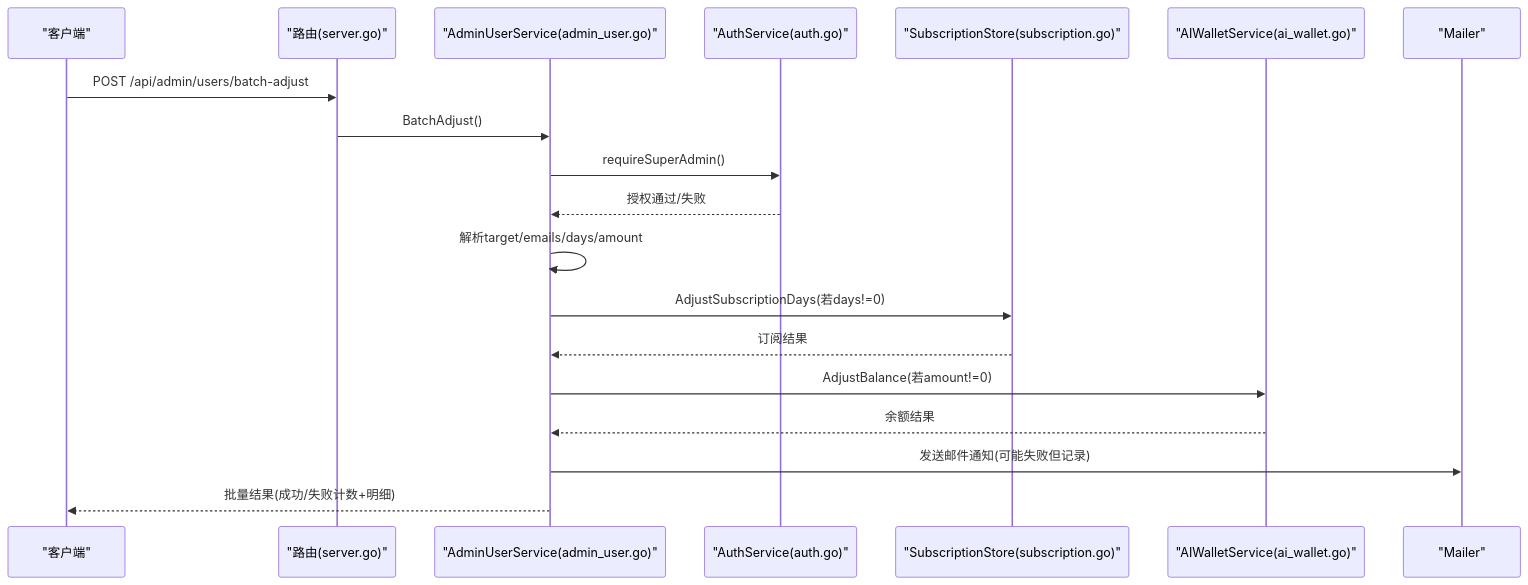
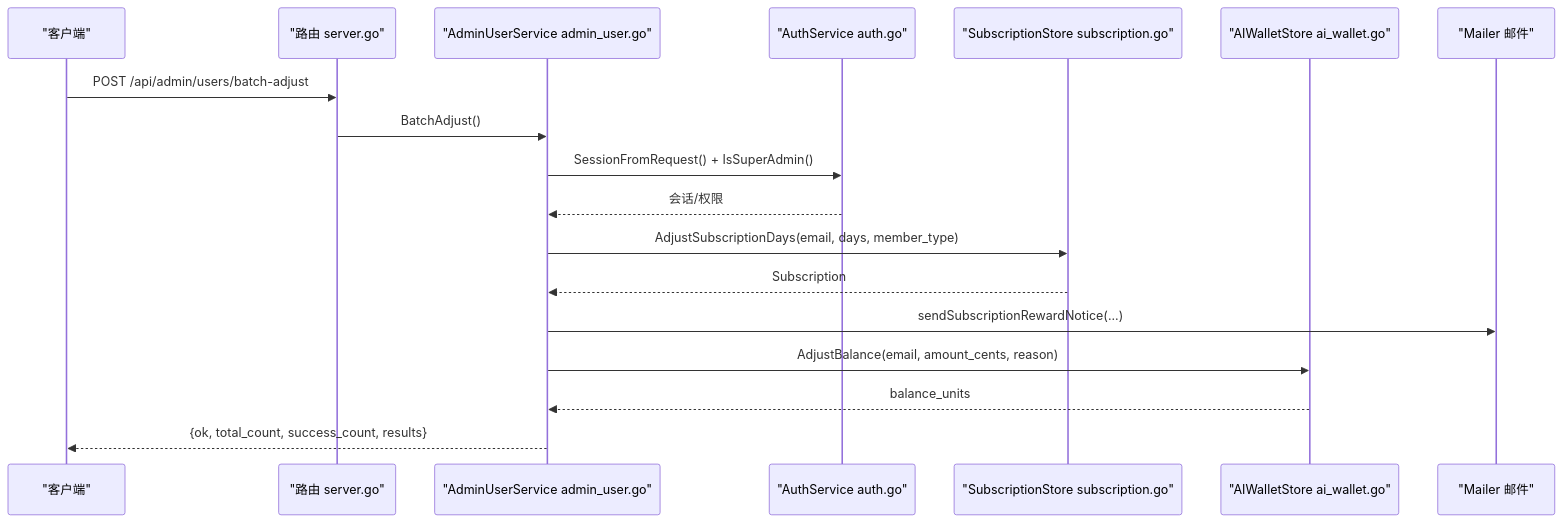
One commit to alvinwangzi/goodhr changed the second of 3 diagrams in .qoder/repowiki/zh/content/API接口文档/云端REST API/管理后台API/用户管理API.md. Above: the diagram before and after it, drawn with Mermaid. The commit also changed other lines of this file and 149 other files, not shown here.

````diff
--- a/.qoder/repowiki/zh/content/API接口文档/云端REST API/管理后台API/用户管理API.md
+++ b/.qoder/repowiki/zh/content/API接口文档/云端REST API/管理后台API/用户管理API.md
@@ -81,21 +75,20 @@
 ```mermaid
 sequenceDiagram
 participant C as "客户端"
-participant R as "路由(server.go)"
-participant A as "AdminUserService(admin_user.go)"
-participant U as "AuthService(auth.go)"
-participant S as "SubscriptionStore(subscription.go)"
-participant W as "AIWalletService(ai_wallet.go)"
-participant M as "Mailer"
+participant R as "路由 server.go"
+participant A as "AdminUserService admin_user.go"
+participant U as "AuthService auth.go"
+participant S as "SubscriptionStore subscription.go"
+participant W as "AIWalletStore ai_wallet.go"
+participant M as "Mailer 邮件"
 C->>R : POST /api/admin/users/batch-adjust
 R->>A : BatchAdjust()
-A->>U : requireSuperAdmin()
-U-->>A : 授权通过/失败
-A->>A : 解析target/emails/days/amount
-A->>S : AdjustSubscriptionDays(若days!=0)
-S-->>A : 订阅结果
-A->>W : AdjustBalance(若amount!=0)
-W-->>A : 余额结果
-A->>M : 发送邮件通知(可能失败但记录)
-A-->>C : 批量结果(成功/失败计数+明细)
+A->>U : SessionFromRequest() + IsSuperAdmin()
+U-->>A : 会话/权限
+A->>S : AdjustSubscriptionDays(email, days, member_type)
+S-->>A : Subscription
+A->>M : sendSubscriptionRewardNotice(...)
+A->>W : AdjustBalance(email, amount_cents, reason)
+W-->>A : balance_units
+A-->>C : {ok, total_count, success_count, results}
 ```
````
